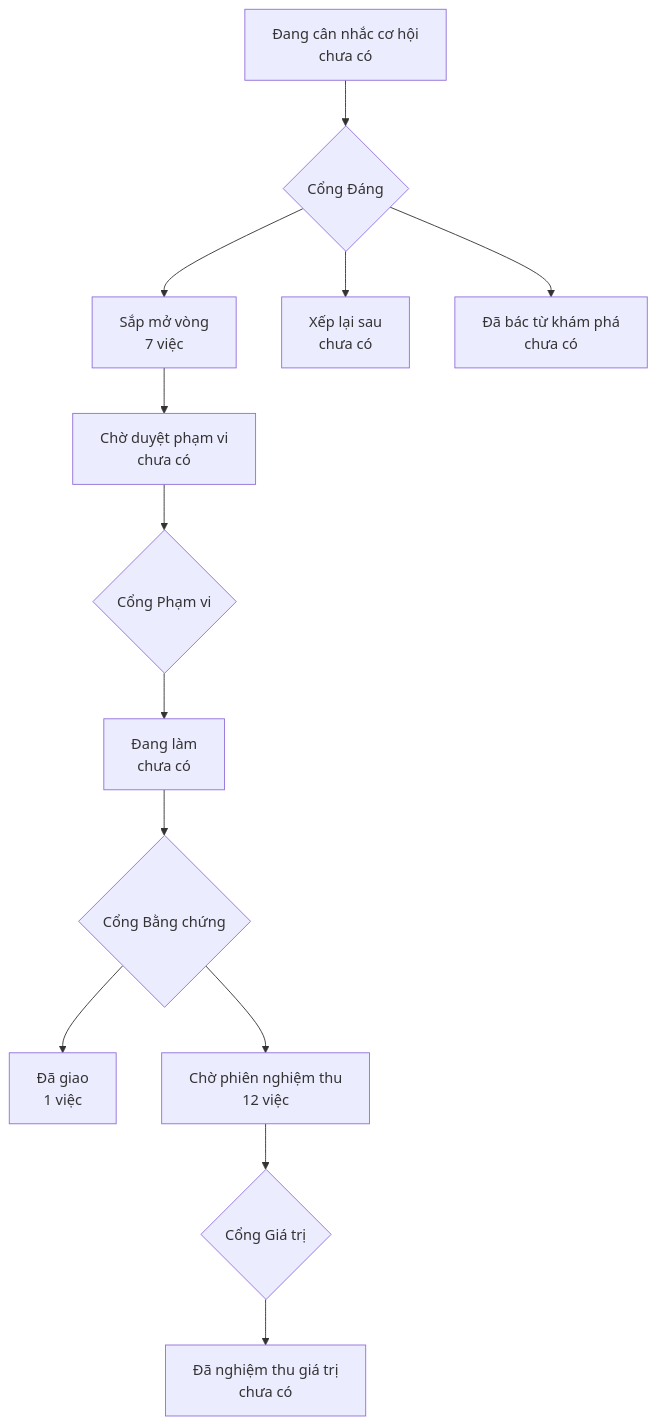
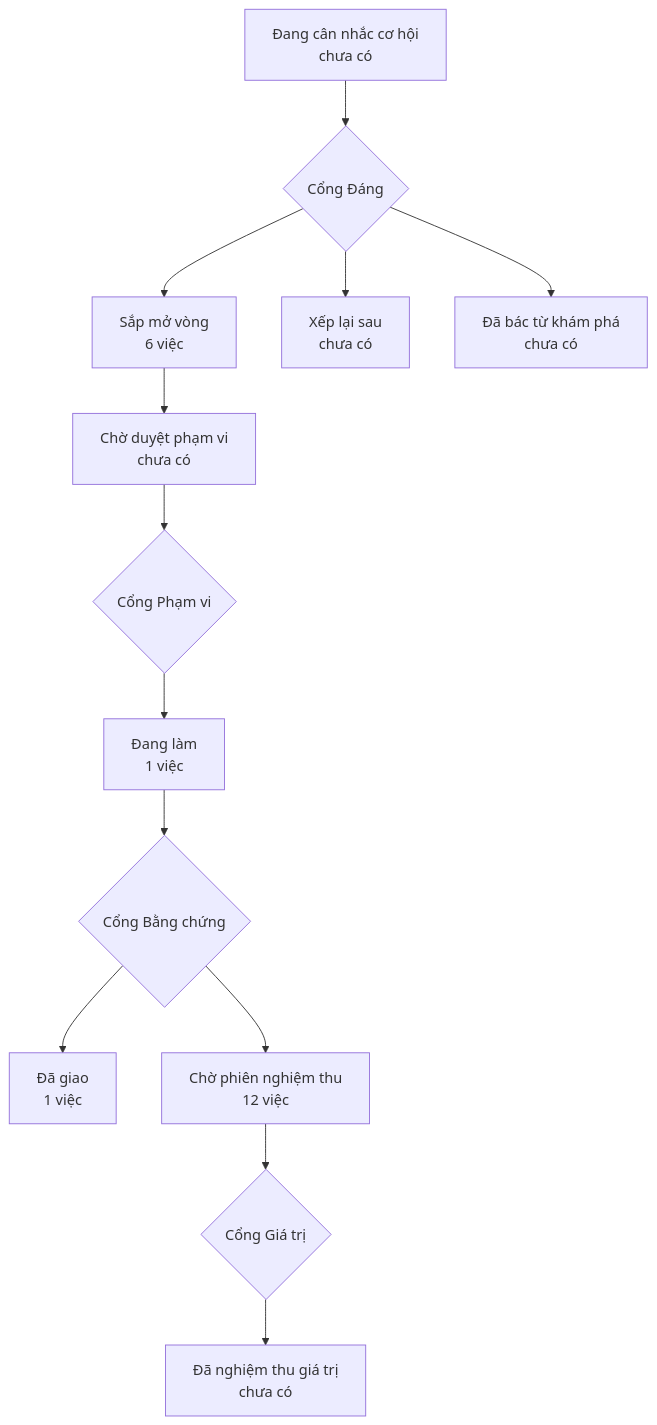
Before and after one commit to phanlemanh/onehub-inventory: the diagram in PRODUCT-MAP.md, drawn with Mermaid. The commit also changed other lines of this file and 3 other files, not shown here.

````diff
--- a/PRODUCT-MAP.md
+++ b/PRODUCT-MAP.md
@@ -7,12 +7,12 @@
 ```mermaid
 flowchart TD
   A["Đang cân nhắc cơ hội<br/>chưa có"] --> GD{"Cổng Đáng"}
-  GD --> B["Sắp mở vòng<br/>7 việc"]
+  GD --> B["Sắp mở vòng<br/>6 việc"]
   GD --> XL["Xếp lại sau<br/>chưa có"]
   GD --> DB["Đã bác từ khám phá<br/>chưa có"]
   B --> CD["Chờ duyệt phạm vi<br/>chưa có"] --> GP{"Cổng Phạm vi"}
-  GP --> DL["Đang làm<br/>chưa có"] --> GB{"Cổng Bằng chứng"}
+  GP --> DL["Đang làm<br/>1 việc"] --> GB{"Cổng Bằng chứng"}
   GB --> DG["Đã giao<br/>1 việc"]
   GB --> CN["Chờ phiên nghiệm thu<br/>12 việc"] --> GG{"Cổng Giá trị"}
   GG --> NT["Đã nghiệm thu giá trị<br/>chưa có"]
 ```
````
